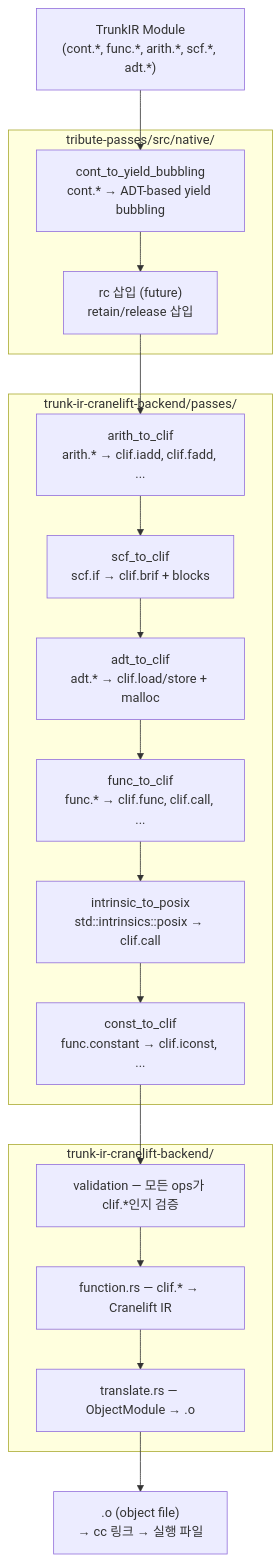
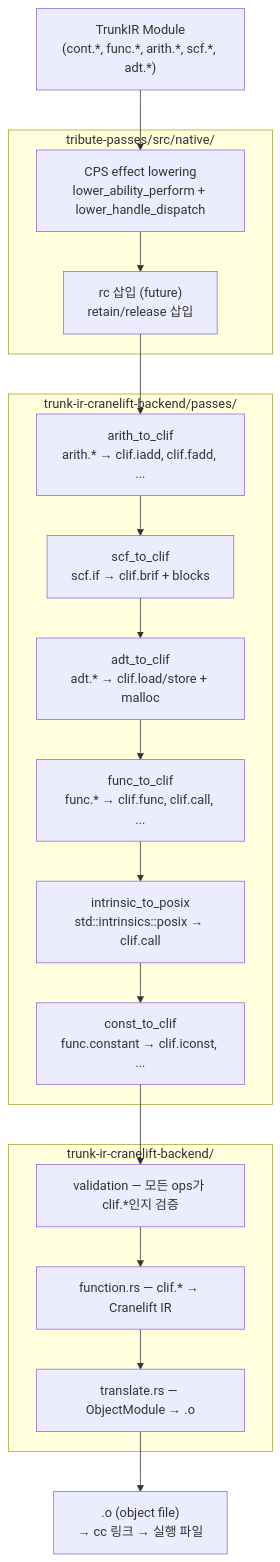
The second of 2 diagrams in new-plans/cranelift-backend.md (Kroisse/tribute), drawn with Mermaid before and after one commit. The commit also changed other lines of this file and 20 other files, not shown here.

First line of the commit message:
refactor(tribute-passes): remove cont_to_yield_bubbling and dead code after CPS transition

````diff
--- a/new-plans/cranelift-backend.md
+++ b/new-plans/cranelift-backend.md
@@ -60,30 +60,30 @@
 ```mermaid
 flowchart TB
     input["TrunkIR Module\n(cont.*, func.*, arith.*, scf.*, adt.*)"]
 
     subgraph native_passes["tribute-passes/src/native/"]
-        cont["cont_to_yield_bubbling\ncont.* → ADT-based yield bubbling"]
+        cont["CPS effect lowering\nlower_ability_perform + lower_handle_dispatch"]
         rc_pass["rc 삽입 (future)\nretain/release 삽입"]
     end
 
     subgraph clif_passes["trunk-ir-cranelift-backend/passes/"]
         arith["arith_to_clif\narith.* → clif.iadd, clif.fadd, ..."]
         scf["scf_to_clif\nscf.if → clif.brif + blocks"]
         adt["adt_to_clif\nadt.* → clif.load/store + malloc"]
         func["func_to_clif\nfunc.* → clif.func, clif.call, ..."]
         intrinsic["intrinsic_to_posix\nstd::intrinsics::posix → clif.call"]
         const_pass["const_to_clif\nfunc.constant → clif.iconst, ..."]
     end
 
     subgraph emit["trunk-ir-cranelift-backend/"]
         validate["validation — 모든 ops가 clif.*인지 검증"]
         codegen["function.rs — clif.* → Cranelift IR"]
         obj["translate.rs — ObjectModule → .o"]
     end
 
     output[".o (object file)\n→ cc 링크 → 실행 파일"]
 
     input --> cont --> rc_pass
     rc_pass --> arith --> scf --> adt --> func --> intrinsic --> const_pass
     const_pass --> validate --> codegen --> obj --> output
 ```
````
